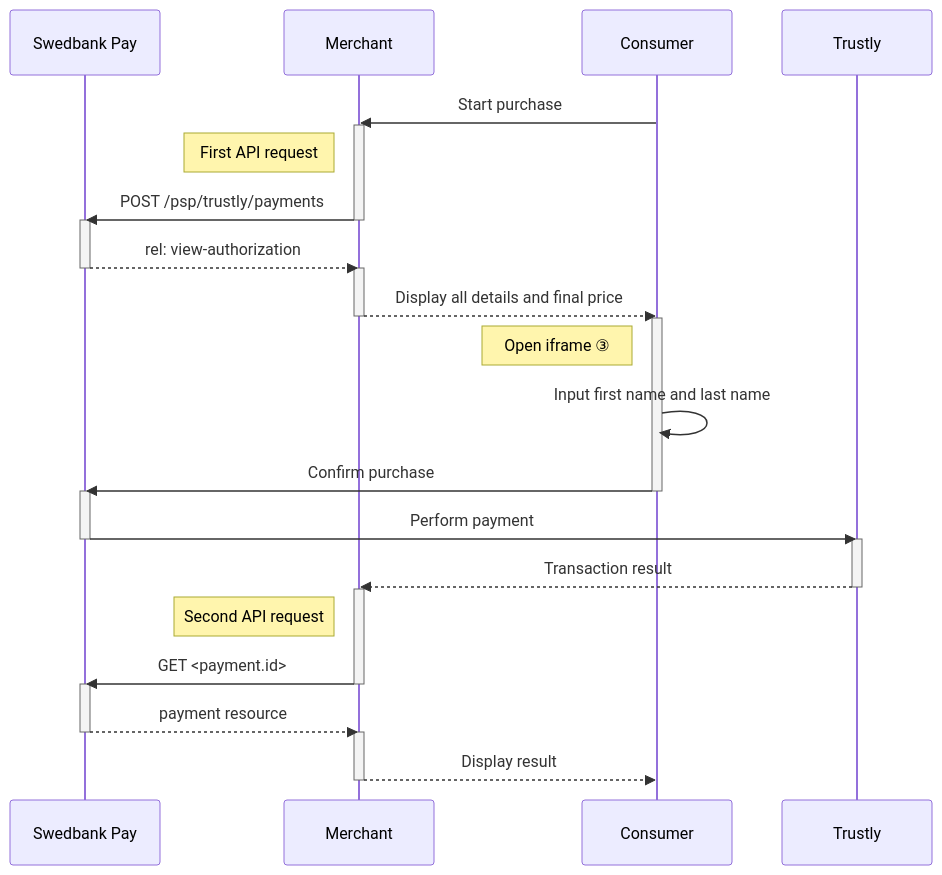
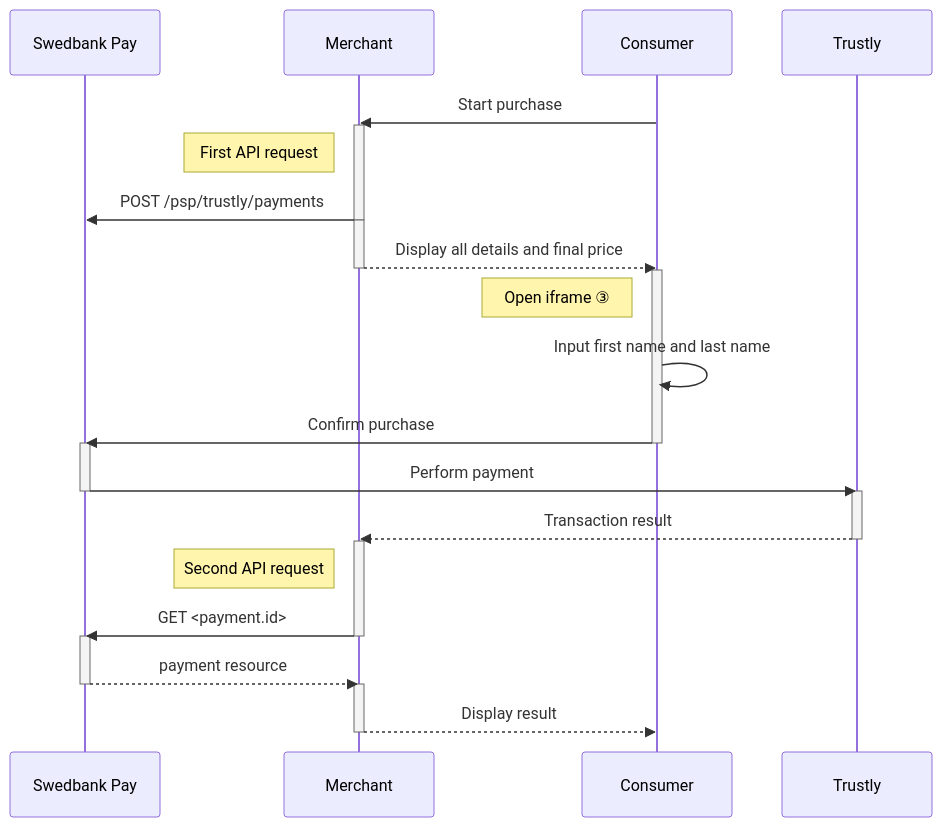
One commit to SwedbankPay/developer.swedbankpay.com changed the diagram in payments/trustly/seamless-view.md. Above: the diagram before and after it, drawn with Mermaid. The commit also changed other lines of this file and 4 other files, not shown here.

````diff
--- a/payments/trustly/seamless-view.md
+++ b/payments/trustly/seamless-view.md
@@ -255,31 +253,29 @@
 ```mermaid
 sequenceDiagram
     participant SwedbankPay as Swedbank Pay
     participant Merchant
     participant Consumer
     participant Trustly
 
     Consumer->>Merchant: Start purchase
     activate Merchant
     note left of Merchant: First API request
     Merchant->>-SwedbankPay: POST /psp/trustly/payments
-    activate SwedbankPay
-    SwedbankPay-->>-Merchant: rel: view-authorization
     activate Merchant
     Merchant-->>-Consumer: Display all details and final price
     activate Consumer
     note left of Consumer: Open iframe ③
     Consumer->>Consumer: Input first name and last name
     Consumer->>-SwedbankPay: Confirm purchase
     activate SwedbankPay
     SwedbankPay->>-Trustly: Perform payment
     activate Trustly
     Trustly-->>-Merchant: Transaction result
     activate Merchant
     note left of Merchant: Second API request
     Merchant->>-SwedbankPay: GET <payment.id>
     activate SwedbankPay
     SwedbankPay-->>-Merchant: payment resource
     activate Merchant
     Merchant-->>-Consumer: Display result
 ```
````
